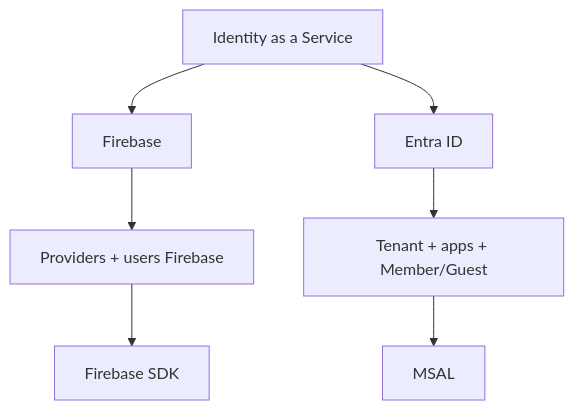
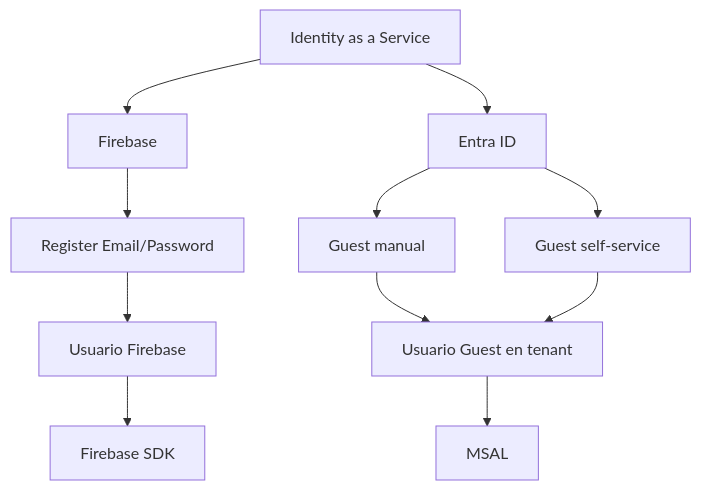
The third of 3 diagrams in labs/firebase-auth-miniapp/09a-prerequisito-entra-desde-cero.md (cmartinezs/DSY1107-DESARROLLO-CLOUD-NATIVE-I-2026-2), drawn with Mermaid before and after one commit. The commit also changed other lines of this file, not shown here.

Commit message:
docs(dsy1107): compare Firebase registration with Entra self-service

````diff
--- a/labs/firebase-auth-miniapp/09a-prerequisito-entra-desde-cero.md
+++ b/labs/firebase-auth-miniapp/09a-prerequisito-entra-desde-cero.md
@@ -44,10 +82,17 @@
 ```mermaid
 flowchart TB
     IDAAS[Identity as a Service]
     IDAAS --> F[Firebase]
     IDAAS --> E[Entra ID]
-    F --> FP[Providers + users Firebase]
-    E --> ET[Tenant + apps + Member/Guest]
-    FP --> SDK1[Firebase SDK]
-    ET --> SDK2[MSAL]
+
+    F --> FR[Register Email/Password]
+    FR --> FU[Usuario Firebase]
+
+    E --> EM[Guest manual]
+    E --> ES[Guest self-service]
+    EM --> EG[Usuario Guest en tenant]
+    ES --> EG
+
+    FU --> SDK1[Firebase SDK]
+    EG --> SDK2[MSAL]
 ```
````
